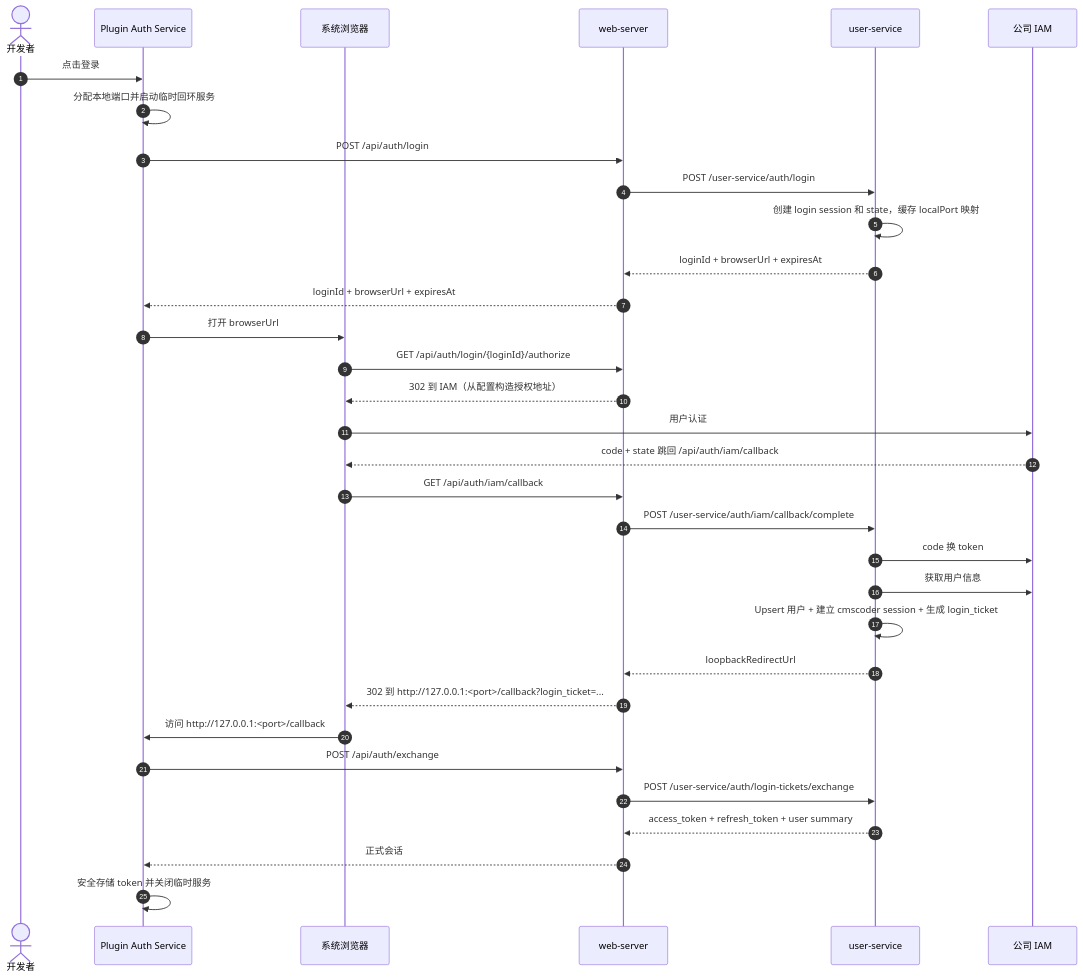
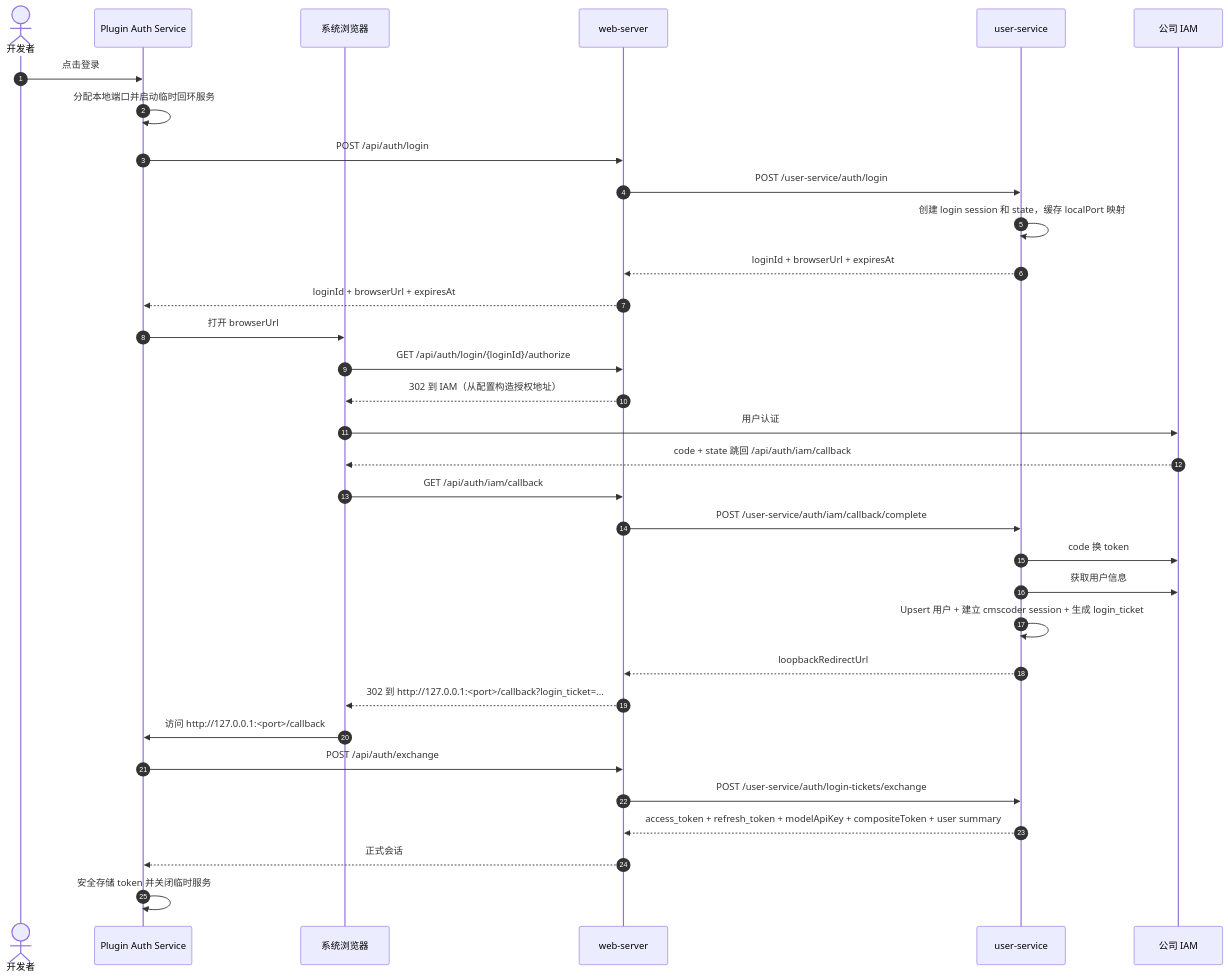
The second of 2 diagrams in cmscoder-docs/specs/user-service/iam-auth-session.md (lyhfr/cms-coder), drawn with Mermaid before and after one commit. The commit also changed other lines of this file and 15 other files, not shown here.

First line of the commit message:
feat: implement composite token to prevent model API key abuse

````diff
--- a/cmscoder-docs/specs/user-service/iam-auth-session.md
+++ b/cmscoder-docs/specs/user-service/iam-auth-session.md
@@ -64,36 +64,36 @@
 ```mermaid
 sequenceDiagram
     autonumber
     actor Developer as 开发者
     participant Plugin as Plugin Auth Service
     participant Browser as 系统浏览器
     participant Web as web-server
     participant User as user-service
     participant IAM as 公司 IAM
 
     Developer->>Plugin: 点击登录
     Plugin->>Plugin: 分配本地端口并启动临时回环服务
     Plugin->>Web: POST /api/auth/login
     Web->>User: POST /user-service/auth/login
     User->>User: 创建 login session 和 state，缓存 localPort 映射
     User-->>Web: loginId + browserUrl + expiresAt
     Web-->>Plugin: loginId + browserUrl + expiresAt
     Plugin->>Browser: 打开 browserUrl
     Browser->>Web: GET /api/auth/login/{loginId}/authorize
     Web-->>Browser: 302 到 IAM（从配置构造授权地址）
     Browser->>IAM: 用户认证
     IAM-->>Browser: code + state 跳回 /api/auth/iam/callback
     Browser->>Web: GET /api/auth/iam/callback
     Web->>User: POST /user-service/auth/iam/callback/complete
     User->>IAM: code 换 token
     User->>IAM: 获取用户信息
     User->>User: Upsert 用户 + 建立 cmscoder session + 生成 login_ticket
     User-->>Web: loopbackRedirectUrl
     Web-->>Browser: 302 到 http://127.0.0.1:<port>/callback?login_ticket=...
     Browser->>Plugin: 访问 http://127.0.0.1:<port>/callback
     Plugin->>Web: POST /api/auth/exchange
     Web->>User: POST /user-service/auth/login-tickets/exchange
-    User-->>Web: access_token + refresh_token + user summary
+    User-->>Web: access_token + refresh_token + modelApiKey + compositeToken + user summary
     Web-->>Plugin: 正式会话
     Plugin->>Plugin: 安全存储 token 并关闭临时服务
 ```
````
